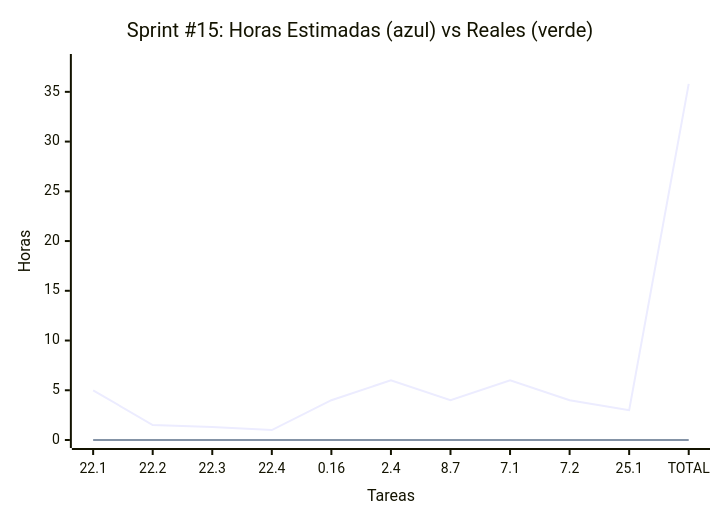
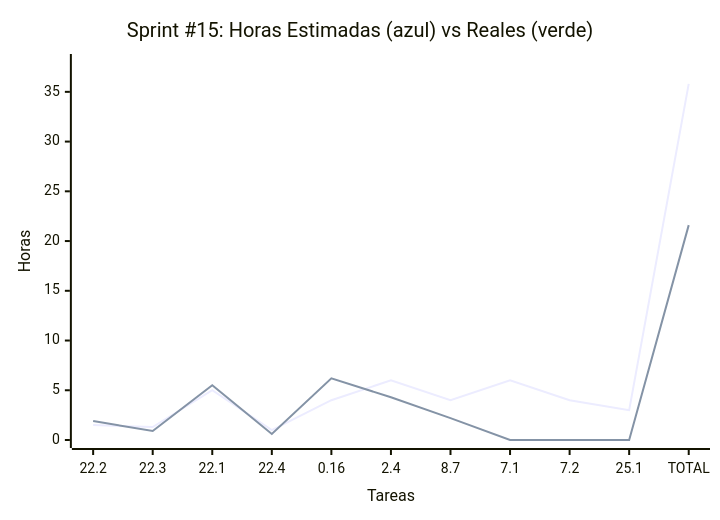
One commit to MarkMed/FleetMan changed diagram 15 of 15 in docs/SprintsPlanning.md. Above: the diagram before and after it, drawn with Mermaid. The commit also changed other lines of this file, not shown here.

Commit message:
feat: update sprint planning document with revised task estimates and chart adjustments

````diff
--- a/docs/SprintsPlanning.md
+++ b/docs/SprintsPlanning.md
@@ -906,9 +906,9 @@
 ```mermaid
 xychart-beta
     title "Sprint #15: Horas Estimadas (azul) vs Reales (verde)"
-    x-axis "Tareas" ["22.1", "22.2", "22.3", "22.4", "0.16", "2.4", "8.7", "7.1", "7.2", "25.1", "TOTAL"]
+    x-axis "Tareas" ["22.2", "22.3", "22.1", "22.4", "0.16", "2.4", "8.7", "7.1", "7.2", "25.1", "TOTAL"]
     y-axis "Horas" 0 --> 38
     
-    line [5, 1.5, 1.3, 1, 4, 6, 4, 6, 4, 3, 35.8]
-    line [0, 0, 0, 0, 0, 0, 0, 0, 0, 0, 0]
+    line [1.5, 1.3, 5, 1, 4, 6, 4, 6, 4, 3, 35.8]
+    line [1.9, 0.9, 5.5, 0.6, 6.2, 4.3, 2.2, 0, 0, 0, 21.6]
 ```
````
